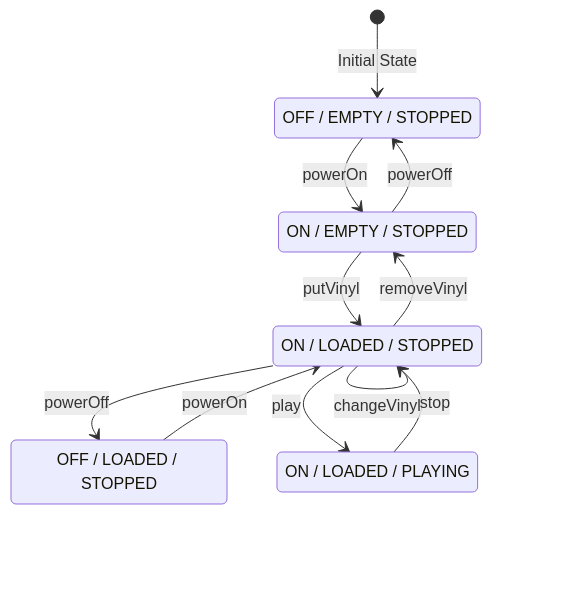
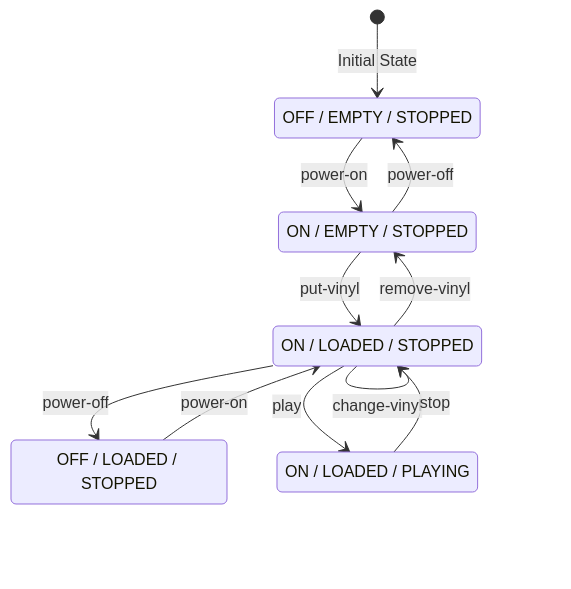
Before and after one commit to alessalessio/turntable-api: the diagram in README.md, drawn with Mermaid. The commit also changed other lines of this file and 15 other files, not shown here.

````diff
--- a/README.md
+++ b/README.md
@@ -23,25 +36,22 @@
 ```mermaid
 stateDiagram-v2
     direction TB
 
     state "OFF / EMPTY / STOPPED" as S1
     state "OFF / LOADED / STOPPED" as S2
     state "ON / EMPTY / STOPPED" as S3
     state "ON / LOADED / STOPPED" as S4
     state "ON / LOADED / PLAYING" as S5
 
     [*] --> S1 : Initial State
 
-    S1 --> S3 : powerOn
-    S2 --> S4 : powerOn
-
-    S3 --> S1 : powerOff
-    S4 --> S2 : powerOff
-
-    S3 --> S4 : putVinyl
-    S4 --> S4 : changeVinyl
-    S4 --> S3 : removeVinyl
-
+    S1 --> S3 : power-on
+    S2 --> S4 : power-on
+    S3 --> S1 : power-off
+    S4 --> S2 : power-off
+    S3 --> S4 : put-vinyl
+    S4 --> S4 : change-vinyl
+    S4 --> S3 : remove-vinyl
     S4 --> S5 : play
     S5 --> S4 : stop
 ```
````
